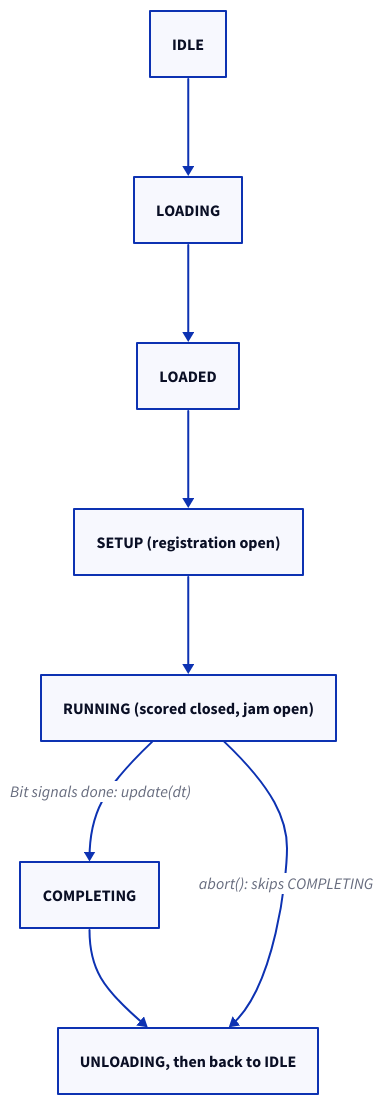
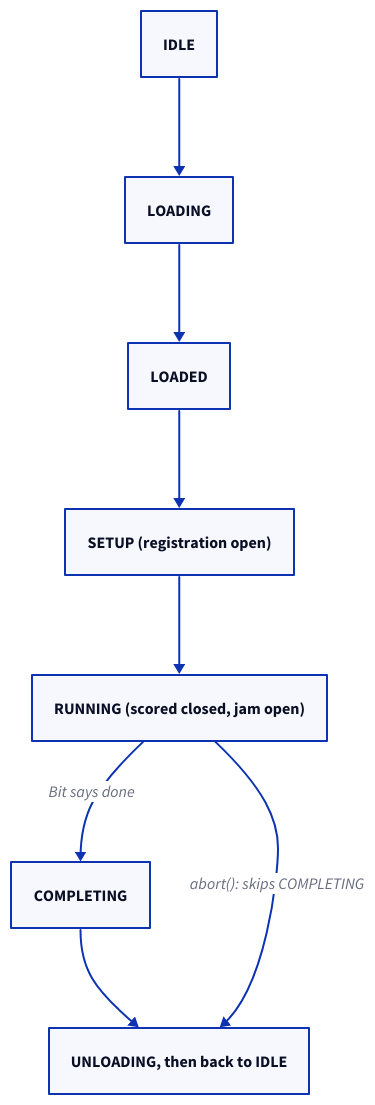
The diagram in docs/diagrams/lifecycle.d2 (Musical-Mycology/mm-terrarium), drawn with D2 before and after one commit. The commit also changed 4 other files, not shown here.

First line of the commit message:
fix(diagrams): shorten lifecycle fork label to fix flush-left render

```diff
--- a/docs/diagrams/lifecycle.d2
+++ b/docs/diagrams/lifecycle.d2
@@ -1,17 +1,17 @@
 direction: down
 
 idle: IDLE
 loading: LOADING
 loaded: LOADED
 setup: "SETUP (registration open)"
 running: "RUNNING (scored closed, jam open)"
 completing: COMPLETING
 unloading: "UNLOADING, then back to IDLE"
 
 idle -> loading
 loading -> loaded
 loaded -> setup
 setup -> running
-running -> completing: "Bit signals done: update(dt)"
+running -> completing: "Bit says done"
 completing -> unloading
 running -> unloading: "abort(): skips COMPLETING"
```
